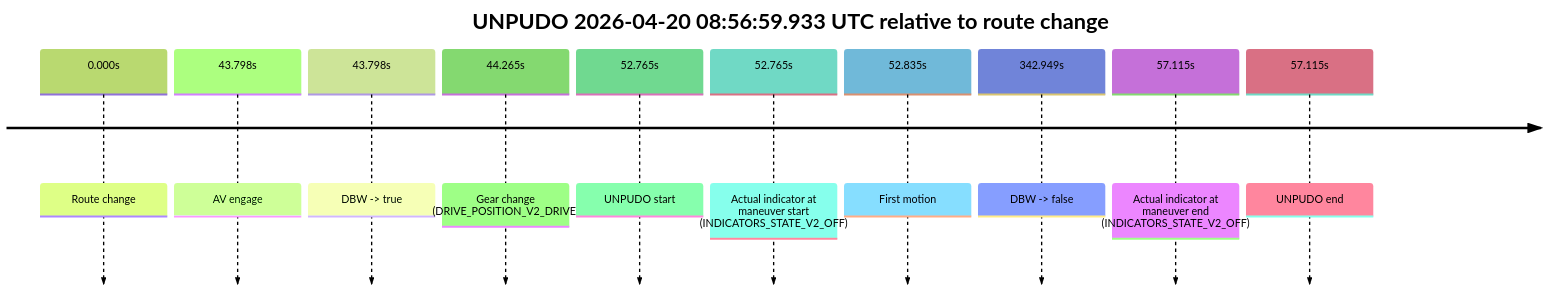
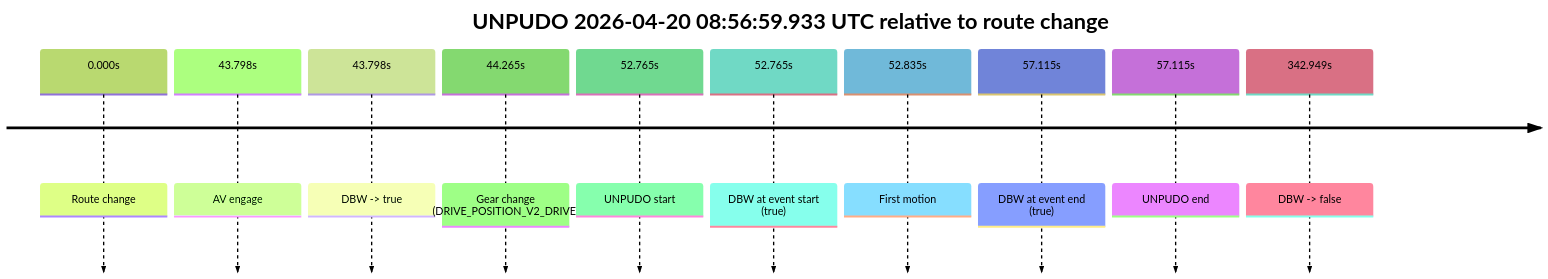
One commit to yoelshapiro/vault changed the third of 8 diagrams in model_analysis/report_cards/2026/04/Week-4/fme20007--2026-04-20--08-33-29--gen2-av-606e1613-95e0-41ca-aff3-36aa6590a0a1.md. Above: the diagram before and after it, drawn with Mermaid (forest theme). The commit also changed other lines of this file and 85 other files, not shown here.

````diff
--- a/model_analysis/report_cards/2026/04/Week-4/fme20007--2026-04-20--08-33-29--gen2-av-606e1613-95e0-41ca-aff3-36aa6590a0a1.md
+++ b/model_analysis/report_cards/2026/04/Week-4/fme20007--2026-04-20--08-33-29--gen2-av-606e1613-95e0-41ca-aff3-36aa6590a0a1.md
@@ -215,14 +227,14 @@
 ```mermaid
 timeline
     title UNPUDO 2026-04-20 08:56:59.933 UTC relative to route change
     0.000s : Route change
     43.798s : AV engage
     43.798s : DBW -> true
     44.265s : Gear change (DRIVE_POSITION_V2_DRIVE)
     52.765s : UNPUDO start
-    52.765s : Actual indicator at maneuver start (INDICATORS_STATE_V2_OFF)
+    52.765s : DBW at event start (true)
     52.835s : First motion
+    57.115s : DBW at event end (true)
+    57.115s : UNPUDO end
     342.949s : DBW -> false
-    57.115s : Actual indicator at maneuver end (INDICATORS_STATE_V2_OFF)
-    57.115s : UNPUDO end
 ```
````
